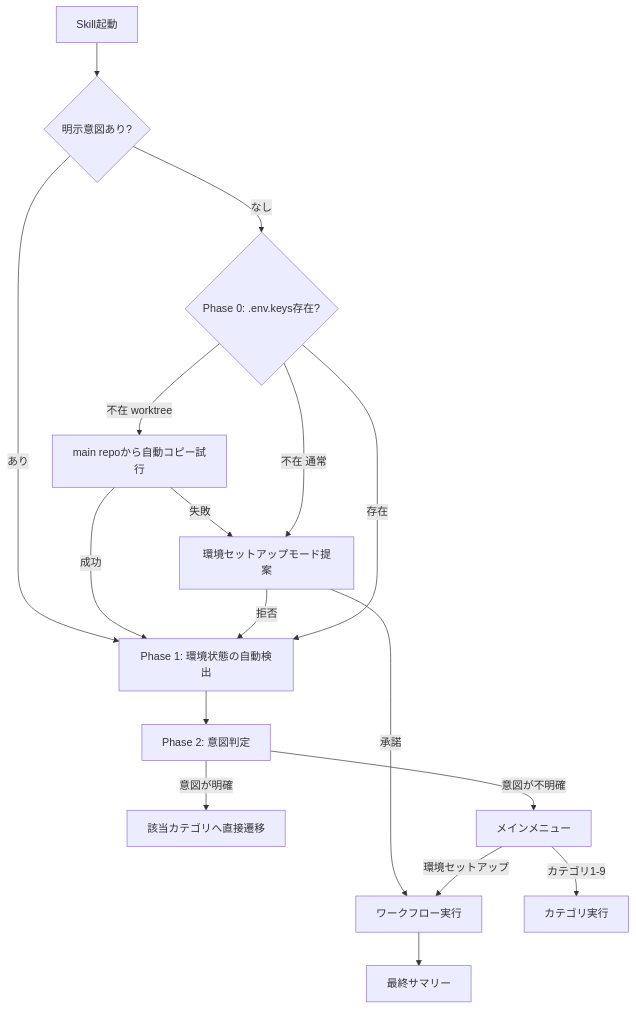
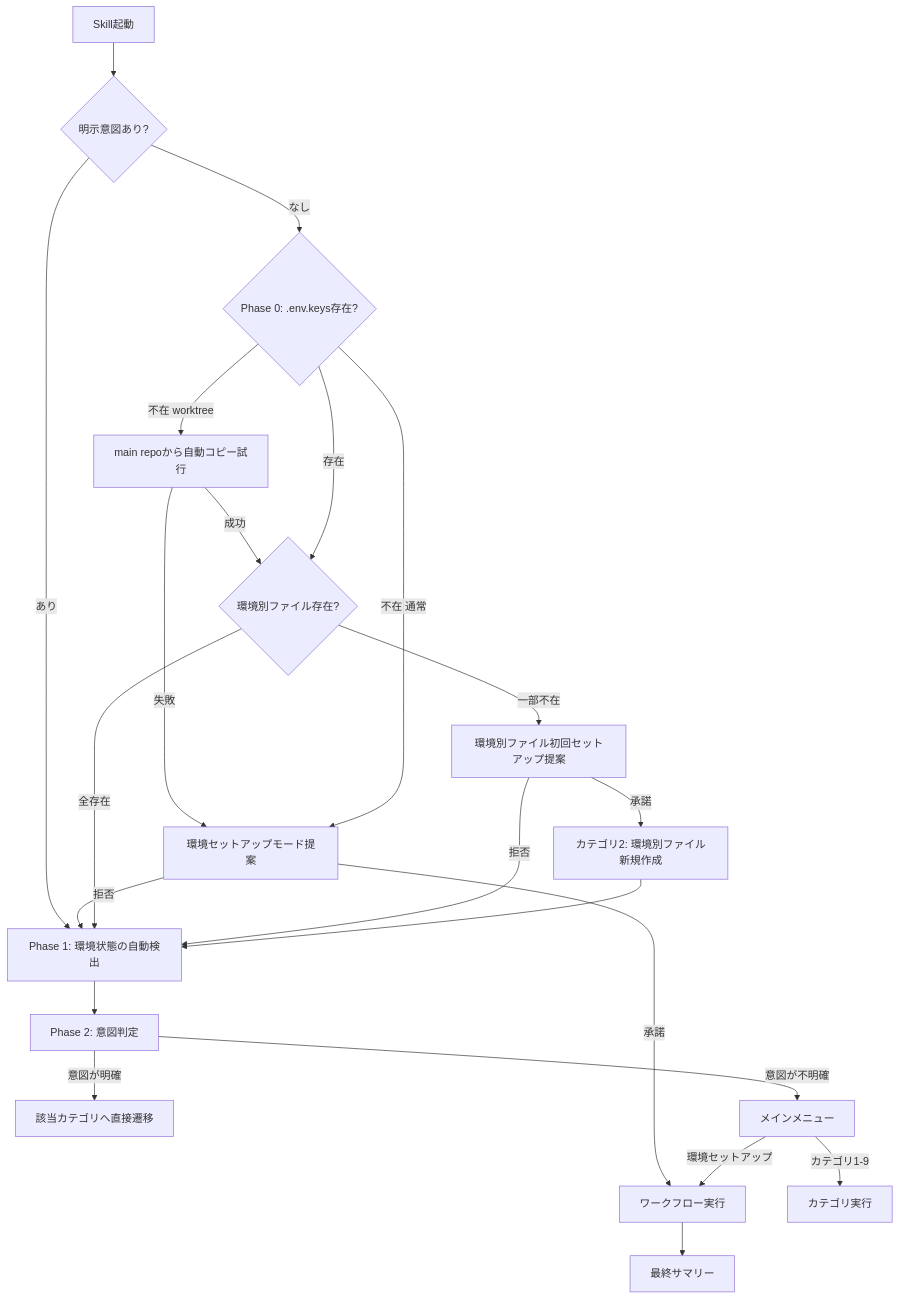
The diagram in .claude/skills/einja-infra-maintenance/SKILL.md (einja-inc/einja-management-template), drawn with Mermaid before and after one commit. The commit also changed other lines of this file and 7 other files, not shown here.

````diff
--- a/.claude/skills/einja-infra-maintenance/SKILL.md
+++ b/.claude/skills/einja-infra-maintenance/SKILL.md
@@ -34,19 +34,24 @@
 ```mermaid
 graph TB
     Start[Skill起動] --> Intent{明示意図あり?}
     Intent -->|あり| Detect
     Intent -->|なし| Phase0{Phase 0: .env.keys存在?}
     Phase0 -->|不在 worktree| TryCopy[main repoから自動コピー試行]
-    TryCopy -->|成功| Detect
+    TryCopy -->|成功| EnvCheck
     TryCopy -->|失敗| Propose
     Phase0 -->|不在 通常| Propose[環境セットアップモード提案]
     Propose -->|承諾| Workflow[ワークフロー実行]
     Propose -->|拒否| Detect
-    Phase0 -->|存在| Detect[Phase 1: 環境状態の自動検出]
+    Phase0 -->|存在| EnvCheck{環境別ファイル存在?}
+    EnvCheck -->|全存在| Detect[Phase 1: 環境状態の自動検出]
+    EnvCheck -->|一部不在| ProposeEnv[環境別ファイル初回セットアップ提案]
+    ProposeEnv -->|承諾| EnvSetup[カテゴリ2: 環境別ファイル新規作成]
+    ProposeEnv -->|拒否| Detect
+    EnvSetup --> Detect
     Detect --> Judge[Phase 2: 意図判定]
     Judge -->|意図が明確| Direct[該当カテゴリへ直接遷移]
     Judge -->|意図が不明確| Menu[メインメニュー]
     Menu -->|環境セットアップ| Workflow
     Menu -->|カテゴリ1-9| Cat[カテゴリ実行]
     Workflow --> Result[最終サマリー]
 ```
````
